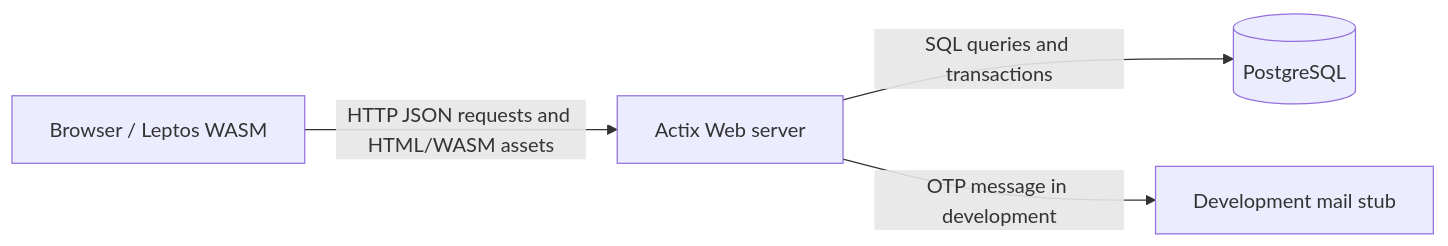
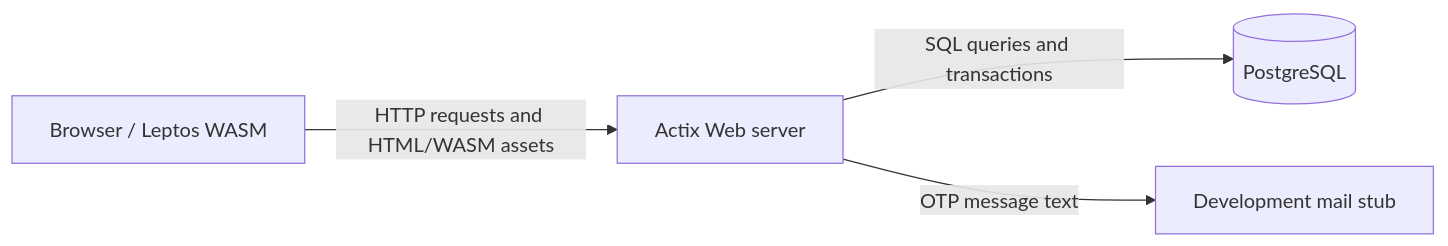
One commit to SE-FDA-NEU-AI66B/G8-DatingApp-AI66B changed the diagram in docs/design.md. Above: the diagram before and after it, drawn with Mermaid. The commit also changed other lines of this file and 4 other files, not shown here.

````diff
--- a/docs/design.md
+++ b/docs/design.md
@@ -26,11 +7,10 @@
 ```mermaid
 flowchart LR
     Browser[Browser / Leptos WASM]
     Web[Actix Web server]
     DB[(PostgreSQL)]
     Mail[Development mail stub]
-
-    Browser -->|HTTP JSON requests and HTML/WASM assets| Web
+    Browser -->|HTTP requests and HTML/WASM assets| Web
     Web -->|SQL queries and transactions| DB
-    Web -->|OTP message in development| Mail
+    Web -->|OTP message text| Mail
 ```
````
